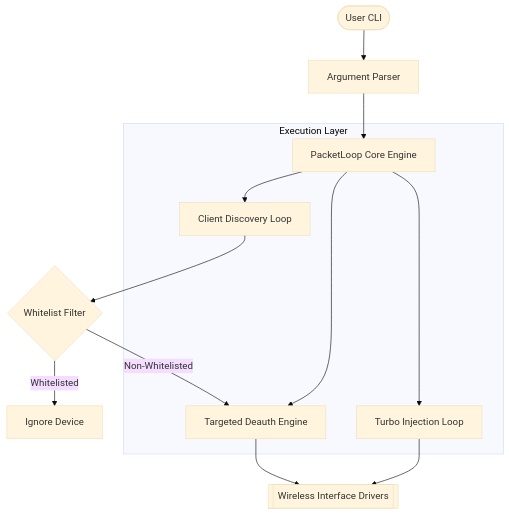
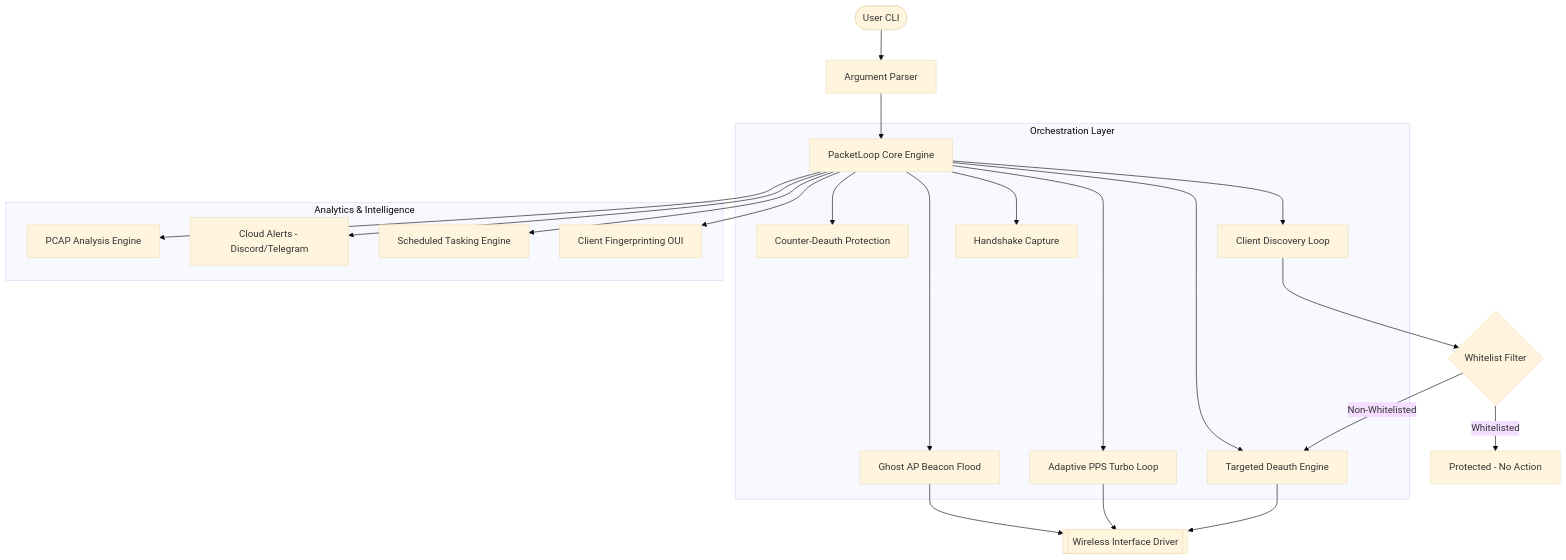
The first of 2 diagrams in README.md (lordradez23/PacketLoop), drawn with Mermaid (base theme) before and after one commit. The commit also changed other lines of this file and 1 other file, not shown here.

Commit message:
release: integrate all features 2-10 into core engine and update complete documentation

````diff
--- a/README.md
+++ b/README.md
@@ -12,18 +11,28 @@
 ```mermaid
 graph TD
     User([User CLI]) --> Config[Argument Parser]
     Config --> Core[PacketLoop Core Engine]
-    
-    subgraph Execution_Layer [Execution Layer]
+
+    subgraph Orchestration_Layer [Orchestration Layer]
         Core --> Scanner[Client Discovery Loop]
         Core --> Deauth[Targeted Deauth Engine]
-        Core --> Turbo[Turbo Injection Loop]
+        Core --> Turbo[Adaptive PPS Turbo Loop]
+        Core --> Capture[Handshake Capture]
+        Core --> Ghost[Ghost AP Beacon Flood]
+        Core --> Counter[Counter-Deauth Protection]
     end
-    
+
+    subgraph Analytics_Layer [Analytics & Intelligence]
+        Core --> Fingerprint[Client Fingerprinting OUI]
+        Core --> Scheduler[Scheduled Tasking Engine]
+        Core --> Alerts[Cloud Alerts - Discord/Telegram]
+        Core --> Analyzer[PCAP Analysis Engine]
+    end
+
     Scanner --> Filter{Whitelist Filter}
     Filter -->|Non-Whitelisted| Deauth
-    Filter -->|Whitelisted| Ignored[Ignore Device]
-    
-    Deauth --> Driver[[Wireless Interface Drivers]]
+    Filter -->|Whitelisted| Safe[Protected - No Action]
+    Deauth --> Driver[[Wireless Interface Driver]]
     Turbo --> Driver
+    Ghost --> Driver
 ```
````
